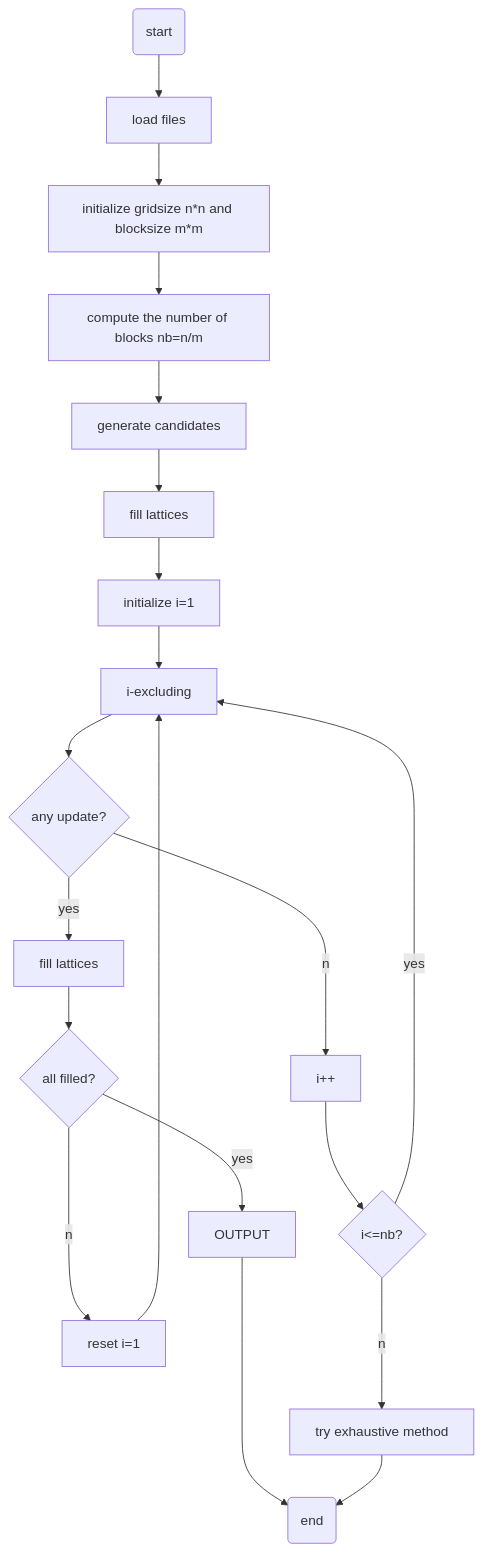
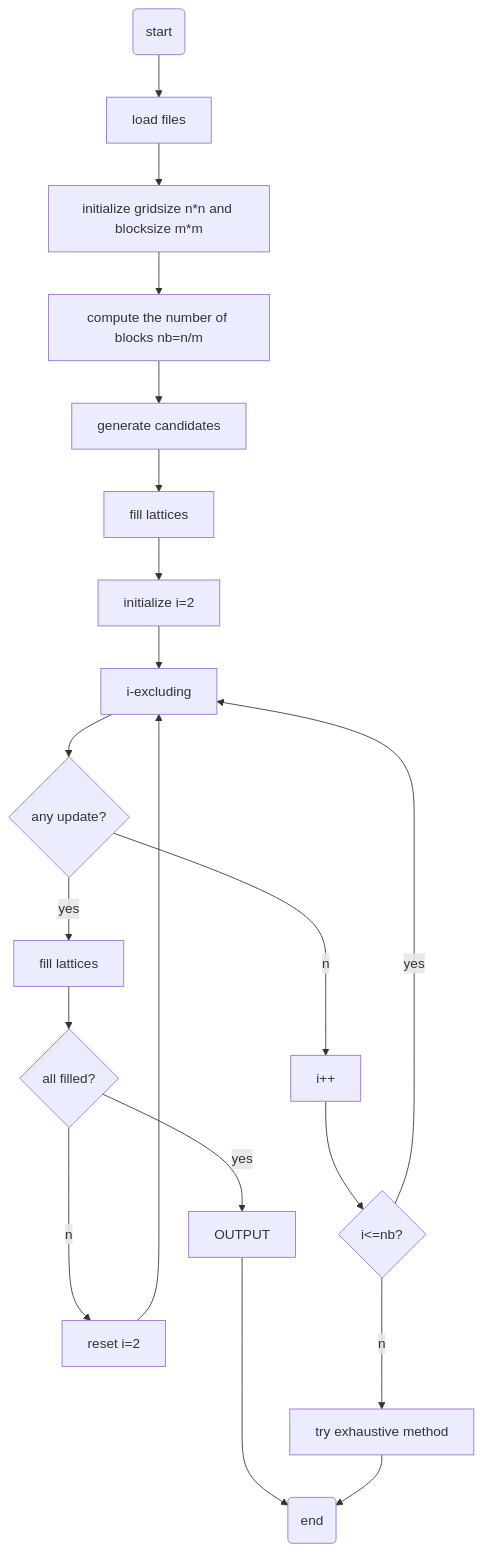
The first of 4 diagrams in README.MD (BenQuickDeNN/SudokuSolver), drawn with Mermaid before and after one commit. The commit also changed other lines of this file and 3 other files, not shown here.

````diff
--- a/README.MD
+++ b/README.MD
@@ -5,22 +5,22 @@
 ```mermaid
 graph TD
     START("start")-->LOAD["load files"]
     LOAD-->INIT["initialize gridsize n*n and blocksize m*m"]
     INIT-->NOB["compute the number of blocks nb=n/m"]
     NOB-->GC["generate candidates"]
     GC-->FILL1["fill lattices"]
-    FILL1-->INII["initialize i=1"]
+    FILL1-->INII["initialize i=2"]
     INII-->EXCLUDING["i-excluding"]
     EXCLUDING-->IF1{"any update?"}
     IF1--yes-->FILL2["fill lattices"]
     IF1--no-->PLUSI["i++"]
     PLUSI-->BI{"i<=nb?"}
     BI--yes-->EXCLUDING
     BI--no-->EXM["try exhaustive method"]
     FILL2-->ALF{all filled?}
     ALF--yes-->OUTPUT
-    ALF--no-->RESETI["reset i=1"]
+    ALF--no-->RESETI["reset i=2"]
     RESETI-->EXCLUDING
     OUTPUT-->END("end")
     EXM-->END
 ```
````
